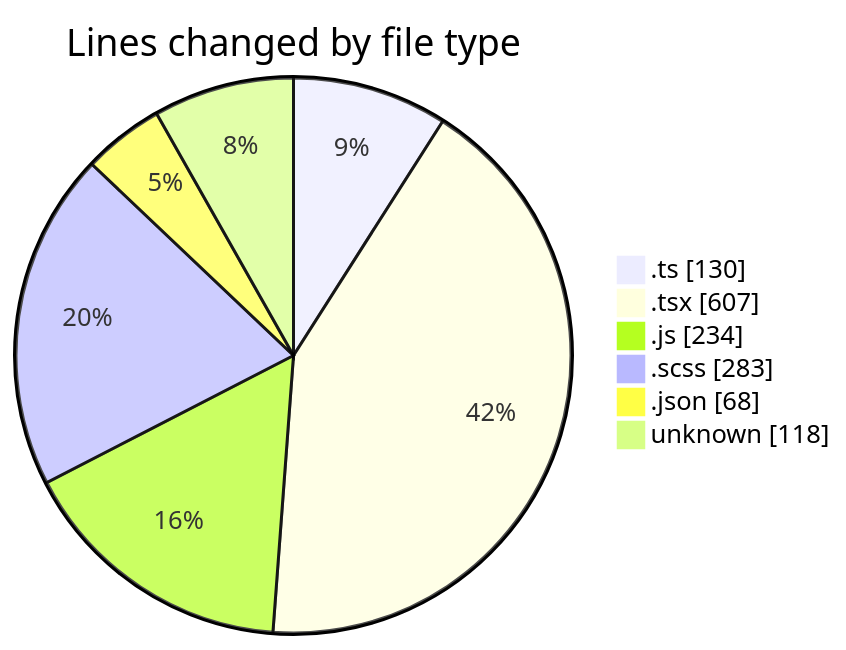
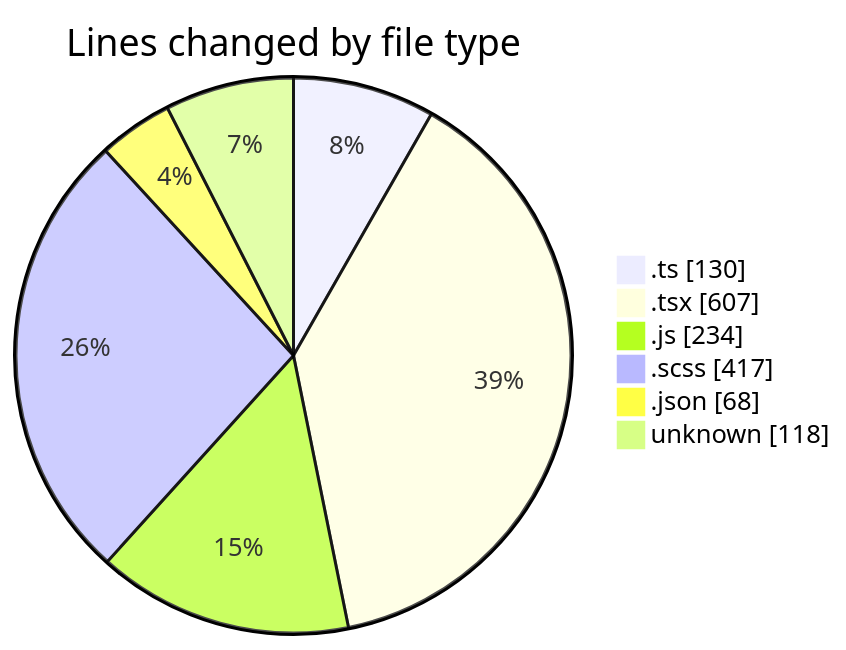
The first of 2 diagrams in 2026-05-08/cda/README.md (momahboobian/code-tracking), drawn with Mermaid before and after one commit. The commit also changed other lines of this file and 1 other file, not shown here.

````diff
--- a/2026-05-08/cda/README.md
+++ b/2026-05-08/cda/README.md
@@ -38,10 +38,10 @@
 ```mermaid
 pie showData
 title Lines changed by file type
 ".ts" : 130
 ".tsx" : 607
 ".js" : 234
-".scss" : 283
+".scss" : 417
 ".json" : 68
 "unknown" : 118
 ```
````
